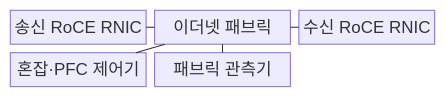
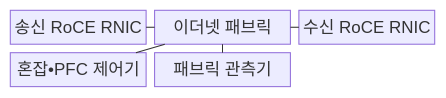
One commit to agnusdei1207/knowledge-base changed the first of 2 diagrams in src/content/docs/notes/04-network/103_roce.md. Above: the diagram before and after it, drawn with Mermaid. The commit also changed other lines of this file and 953 other files, not shown here.

````diff
--- a/src/content/docs/notes/04-network/103_roce.md
+++ b/src/content/docs/notes/04-network/103_roce.md
@@ -67,13 +67,13 @@
 ```mermaid
 block-beta
     columns 3
     A["송신 RoCE RNIC"]
     B["이더넷 패브릭"]
     C["수신 RoCE RNIC"]
-    D["혼잡·PFC 제어기"]
+    D["혼잡•PFC 제어기"]
     E["패브릭 관측기"]
     A --- B
     B --- C
     B --- D
     B --- E
 ```
````
